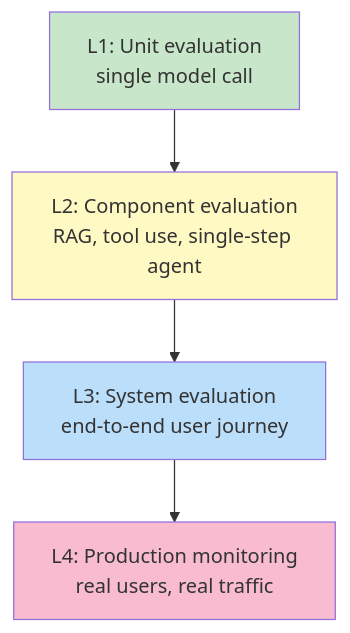
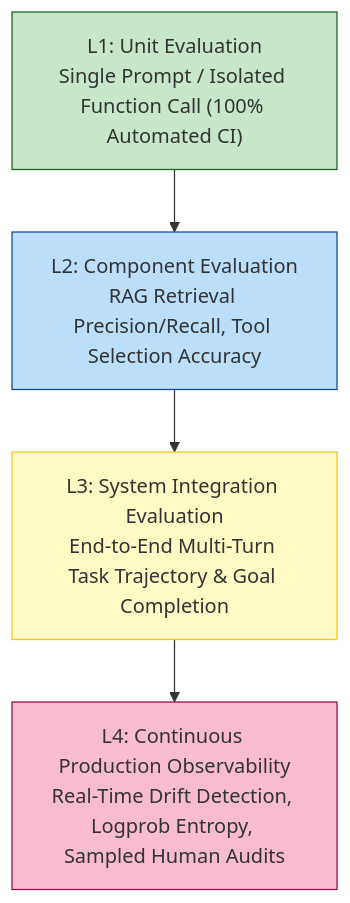
Before and after one commit to yingwang/thinking-in-llm: the third of 9 diagrams in en/chapters/12-evaluation.md, drawn with Mermaid. The commit also changed other lines of this file and 31 other files, not shown here.

````diff
--- a/en/chapters/12-evaluation.md
+++ b/en/chapters/12-evaluation.md
@@ -108,11 +84,11 @@
 ```mermaid
 flowchart TD
-    L1["L1: Unit evaluation<br>single model call"] --> L2["L2: Component evaluation<br>RAG, tool use, single-step agent"]
-    L2 --> L3["L3: System evaluation<br>end-to-end user journey"]
-    L3 --> L4["L4: Production monitoring<br>real users, real traffic"]
+    L1["L1: Unit Evaluation<br/>Single Prompt / Isolated Function Call (100% Automated CI)"] --> L2["L2: Component Evaluation<br/>RAG Retrieval Precision/Recall, Tool Selection Accuracy"]
+    L2 --> L3["L3: System Integration Evaluation<br/>End-to-End Multi-Turn Task Trajectory & Goal Completion"]
+    L3 --> L4["L4: Continuous Production Observability<br/>Real-Time Drift Detection, Logprob Entropy, Sampled Human Audits"]
 
-    style L1 fill:#c8e6c9
-    style L2 fill:#fff9c4
-    style L3 fill:#bbdefb
-    style L4 fill:#f8bbd0
+    style L1 fill:#c8e6c9,stroke:#1b5e20
+    style L2 fill:#bbdefb,stroke:#0d47a1
+    style L3 fill:#fff9c4,stroke:#fbc02d
+    style L4 fill:#f8bbd0,stroke:#880e4f
 ```
````
